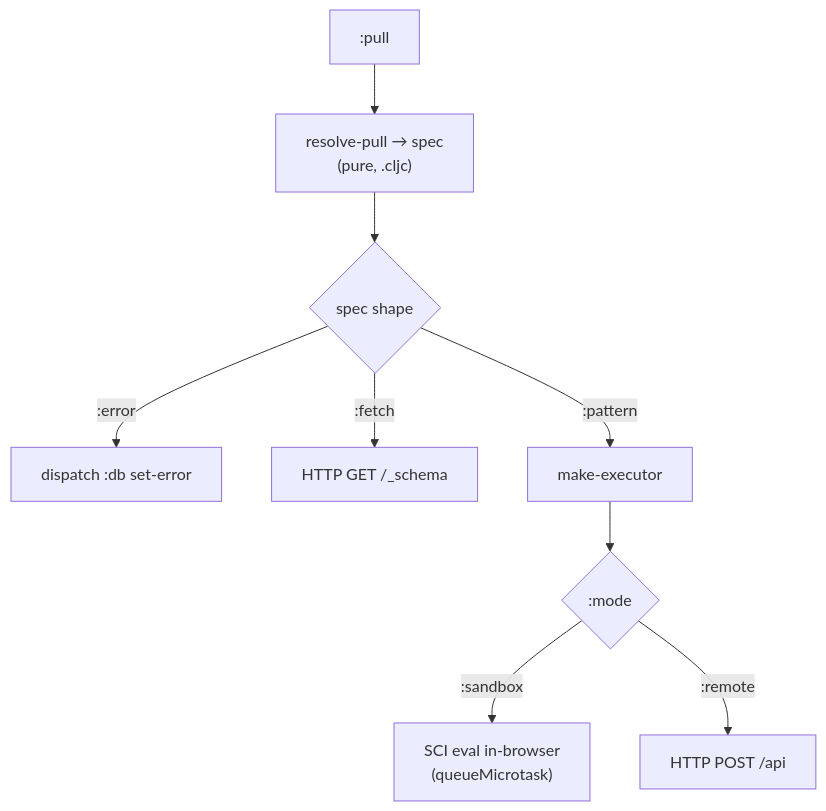
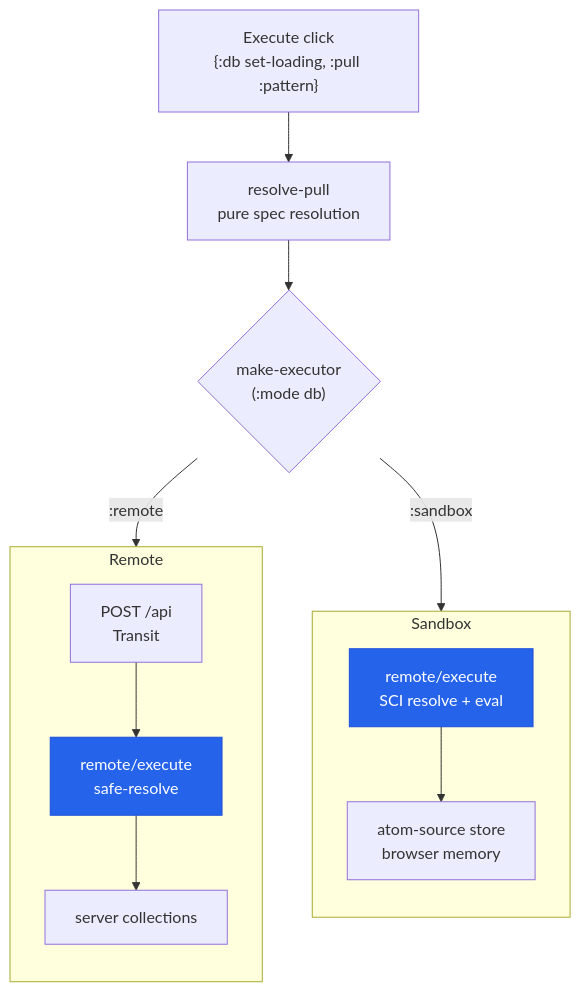
One commit to skydread1/me changed the first of 2 diagrams in content/blog/Pull Playground - Interactive Pattern Learning.md. Above: the diagram before and after it, drawn with Mermaid. The commit also changed other lines of this file and 15 other files, not shown here.

````diff
--- a/content/blog/Pull Playground - Interactive Pattern Learning.md
+++ b/content/blog/Pull Playground - Interactive Pattern Learning.md
@@ -43,11 +52,18 @@
 ```mermaid
 flowchart TD
-    pull[":pull"] --> rp["resolve-pull → spec<br/>(pure, .cljc)"]
-    rp --> shape{"spec shape"}
-    shape -->|":error"| err["dispatch :db set-error"]
-    shape -->|":fetch"| fetch["HTTP GET /_schema"]
-    shape -->|":pattern"| exec["make-executor"]
-    exec --> mode{":mode"}
-    mode -->|":sandbox"| sci["SCI eval in-browser<br/>(queueMicrotask)"]
-    mode -->|":remote"| http["HTTP POST /api"]
+    ui["Execute click<br/>{:db set-loading, :pull :pattern}"] --> rp["resolve-pull<br/>pure spec resolution"]
+    rp --> ex{"make-executor<br/>(:mode db)"}
+    ex -->|":sandbox"| eng1
+    ex -->|":remote"| http
+    subgraph sb["Sandbox"]
+        direction TB
+        eng1["remote/execute<br/>SCI resolve + eval"] --> store["atom-source store<br/>browser memory"]
+    end
+    subgraph rm["Remote"]
+        direction TB
+        http["POST /api<br/>Transit"] --> eng2["remote/execute<br/>safe-resolve"]
+        eng2 --> coll["server collections"]
+    end
+    classDef engine fill:#2563eb,stroke:#1d4ed8,color:#fff
+    class eng1,eng2 engine
 ```
````
